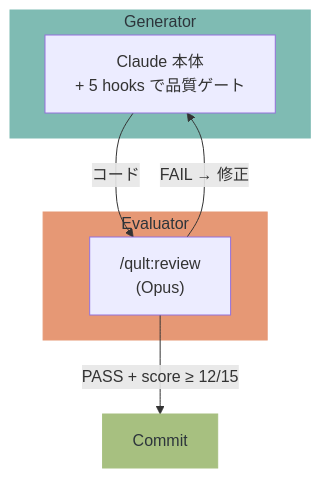
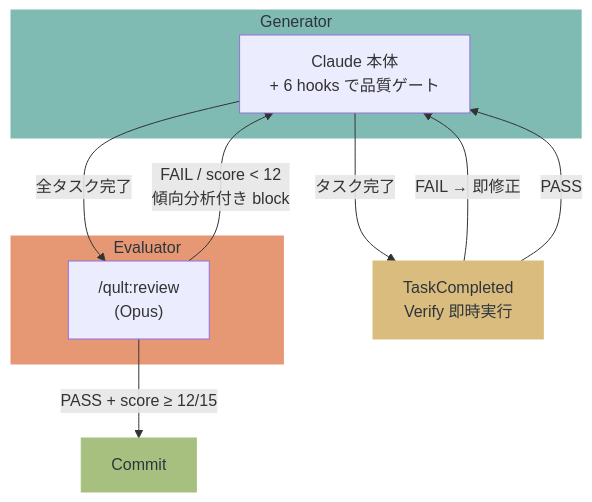
The second of 2 diagrams in README.md (hir4ta/claude-alfred), drawn with Mermaid before and after one commit. The commit also changed other lines of this file and 14 other files, not shown here.

Commit message:
v0.15.0: adaptive review iteration with trend analysis, TaskCompleted hook for plan verification

````diff
--- a/README.md
+++ b/README.md
@@ -45,17 +45,21 @@
 ```mermaid
 flowchart TB
     subgraph Generator["Generator"]
-        Claude["Claude 本体\n+ 5 hooks で品質ゲート"]
+        Claude["Claude 本体\n+ 6 hooks で品質ゲート"]
     end
     subgraph Evaluator["Evaluator"]
         Rev["/qult:review\n(Opus)"]
     end
 
-    Claude -- "コード" --> Rev
-    Rev -- "FAIL → 修正" --> Claude
+    Claude -- "タスク完了" --> TV["TaskCompleted\nVerify 即時実行"]
+    TV -- "FAIL → 即修正" --> Claude
+    TV -- "PASS" --> Claude
+    Claude -- "全タスク完了" --> Rev
+    Rev -- "FAIL / score < 12\n傾向分析付き block" --> Claude
     Rev -- "PASS + score ≥ 12/15" --> Done["Commit"]
 
     style Generator fill:#7fbbb3,color:#2d353b,stroke:#7fbbb3
     style Evaluator fill:#e69875,color:#2d353b,stroke:#e69875
     style Done fill:#a7c080,color:#2d353b,stroke:#a7c080
+    style TV fill:#dbbc7f,color:#2d353b,stroke:#dbbc7f
 ```
````
